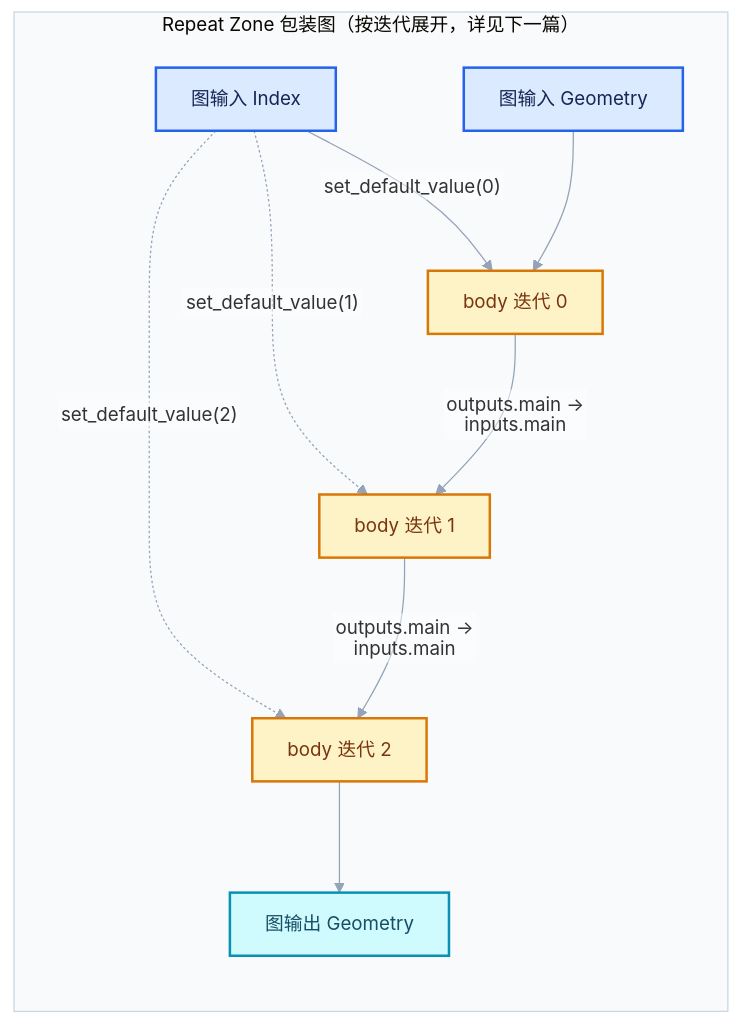
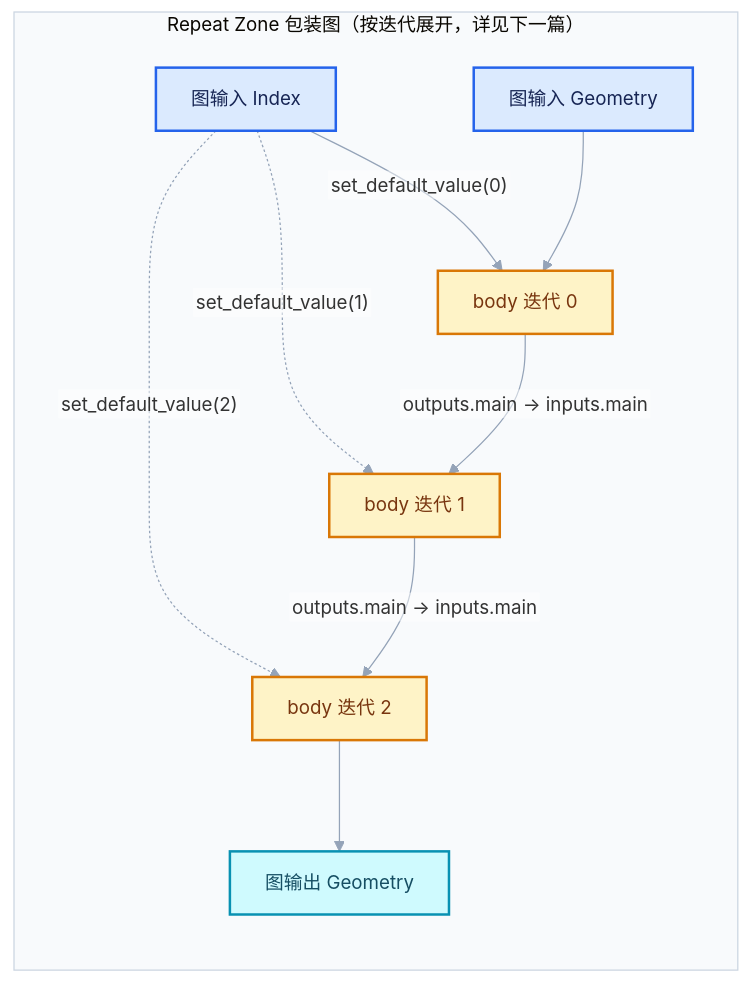
One commit to yunkezengren/blender-.vscode changed the fourth of 5 diagrams in 杂/markdown/重复区域-dsh/03-几何节点执行架构/02-Repeat循环体函数构建详解.md. Above: the diagram before and after it, drawn with Mermaid. The commit also changed other lines of this file and 27 other files, not shown here.

````diff
--- a/杂/markdown/重复区域-dsh/03-几何节点执行架构/02-Repeat循环体函数构建详解.md
+++ b/杂/markdown/重复区域-dsh/03-几何节点执行架构/02-Repeat循环体函数构建详解.md
@@ -1810,28 +1770,28 @@
 ```mermaid
 %%{init: {"theme":"base","themeVariables":{"fontFamily":"\"Segoe UI\",\"Microsoft YaHei\",sans-serif","fontSize":"15px","lineColor":"#94A3B8","edgeLabelBackground":"#FFFFFF","clusterBkg":"#F8FAFC","clusterBorder":"#CBD5E1"},"flowchart":{"htmlLabels":false,"curve":"basis","nodeSpacing":52,"rankSpacing":64,"padding":14,"diagramPadding":16,"useMaxWidth":true},"sequence":{"useMaxWidth":true,"wrap":true,"mirrorActors":false,"messageMargin":36}}}%%
 flowchart LR
     subgraph WRAP["Repeat Zone 包装图（按迭代展开，详见下一篇）"]
         IN0["图输入 Index"]
         IN1["图输入 Geometry"]
         B1["body 迭代 0"]
         B2["body 迭代 1"]
         B3["body 迭代 2"]
         OUT1["图输出 Geometry"]
         IN0 -- "set_default_value(0)" --> B1
         IN0 -. "set_default_value(1)" .-> B2
         IN0 -. "set_default_value(2)" .-> B3
         IN1 --> B1
-        B1 -- "outputs.main →<br/>inputs.main" --> B2
-        B2 -- "outputs.main →<br/>inputs.main" --> B3
+        B1 -- "outputs.main → inputs.main" --> B2
+        B2 -- "outputs.main → inputs.main" --> B3
         B3 --> OUT1
     end
     classDef input fill:#DBEAFE,stroke:#2563EB,color:#172554,stroke-width:2px;
     classDef data fill:#CFFAFE,stroke:#0891B2,color:#164E63,stroke-width:2px;
     classDef abstraction fill:#EDE9FE,stroke:#7C3AED,color:#3B0764,stroke-width:2px;
     classDef compute fill:#FEF3C7,stroke:#D97706,color:#78350F,stroke-width:2px;
     classDef result fill:#DCFCE7,stroke:#16A34A,color:#14532D,stroke-width:2px;
     classDef error fill:#FEE2E2,stroke:#DC2626,color:#7F1D1D,stroke-width:2px;
     class IN0,IN1 input;
     class B1,B2,B3 compute;
     class OUT1 data;
 ```
````
